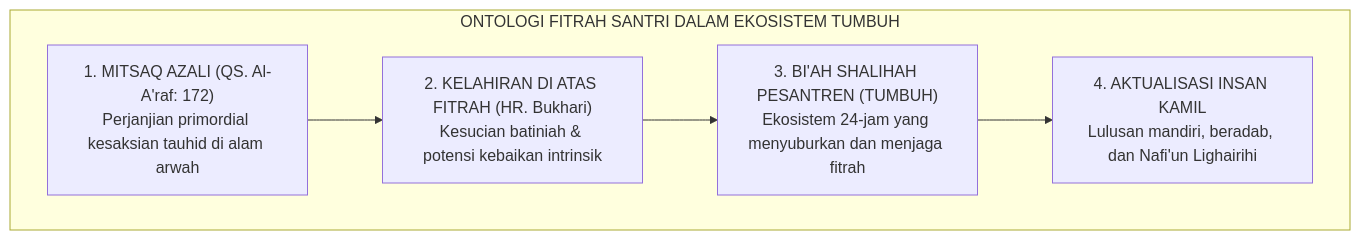
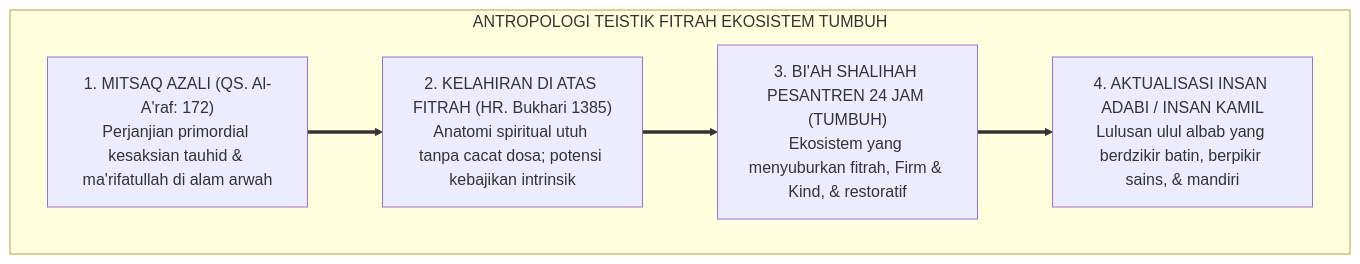
The first of 9 diagrams in 01 Philosophy/02 Human Nature/P1-02-01-Hakikat-Fitrah.md (wandiapriliyandi/tumbuh), drawn with Mermaid before and after one commit. The commit also changed other lines of this file and 6 other files, not shown here.

Commit message:
feat(philosophy): standarisasi 100% monograf terpadu Sub-Domain 02 Human Nature dan Piagam Pemuliaan Martabat Santri

````diff
--- a/01 Philosophy/02 Human Nature/P1-02-01-Hakikat-Fitrah.md
+++ b/01 Philosophy/02 Human Nature/P1-02-01-Hakikat-Fitrah.md
@@ -28,11 +62,14 @@
 ```mermaid
-graph TD
-    subgraph OntologiFitrah["ONTOLOGI FITRAH SANTRI DALAM EKOSISTEM TUMBUH"]
-        Mitsaq["1. MITSAQ AZALI (QS. Al-A'raf: 172)<br/>Perjanjian primordial kesaksian tauhid di alam arwah"]
-        Lahir["2. KELAHIRAN DI ATAS FITRAH (HR. Bukhari)<br/>Kesucian batiniah & potensi kebaikan intrinsik"]
-        Biah["3. BI'AH SHALIHAH PESANTREN (TUMBUH)<br/>Ekosistem 24-jam yang menyuburkan dan menjaga fitrah"]
-        InsanKamil["4. AKTUALISASI INSAN KAMIL<br/>Lulusan mandiri, beradab, dan Nafi'un Lighairihi"]
+flowchart TD
+    subgraph AlurOntologiFitrahTUMBUH["ANTROPOLOGI TEISTIK FITRAH EKOSISTEM TUMBUH"]
+        Mitsaq["1. MITSAQ AZALI (QS. Al-A'raf: 172)<br/>Perjanjian primordial kesaksian tauhid & ma'rifatullah di alam arwah"]
         
-        Mitsaq --> Lahir --> Biah --> InsanKamil
+        Kelahiran["2. KELAHIRAN DI ATAS FITRAH (HR. Bukhari 1385)<br/>Anatomi spiritual utuh tanpa cacat dosa; potensi kebajikan intrinsik"]
+        
+        Biah["3. BI'AH SHALIHAH PESANTREN 24 JAM (TUMBUH)<br/>Ekosistem yang menyuburkan fitrah, Firm & Kind, & restoratif"]
+        
+        InsanAdabi["4. AKTUALISASI INSAN ADABI / INSAN KAMIL<br/>Lulusan ulul albab yang berdzikir batin, berpikir sains, & mandiri"]
+        
+        Mitsaq ==> Kelahiran ==> Biah ==> InsanAdabi
     end
 ```
````
